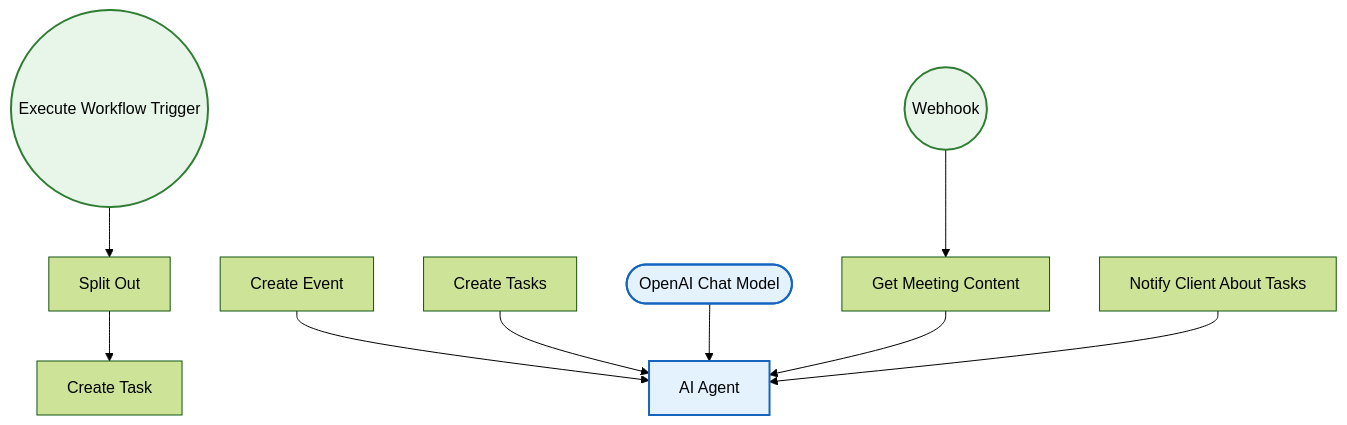
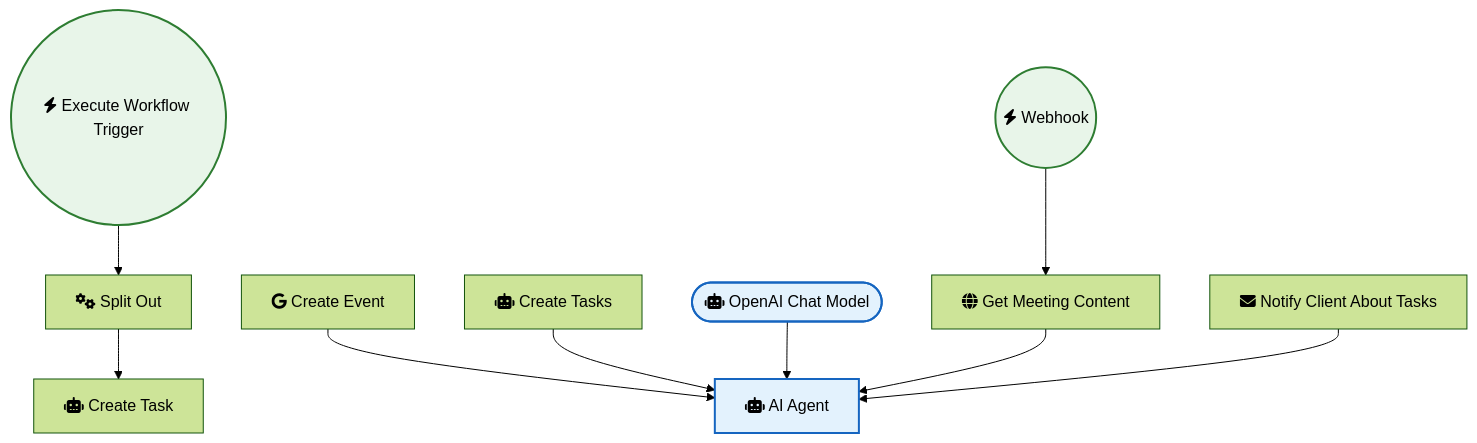
Before and after one commit to sreyash3105/N8N-DEMO-AUTOMATIONS: the diagram in Airtable/AI Agent for project management and meetings with Airtable and Fireflies.md, drawn with Mermaid (forest theme). The commit also changed 291 other files, not shown here.

````diff
--- a/Airtable/AI Agent for project management and meetings with Airtable and Fireflies.md
+++ b/Airtable/AI Agent for project management and meetings with Airtable and Fireflies.md
@@ -1,26 +1,26 @@
 ```mermaid
 graph TD
     classDef trigger fill:#e8f5e9,stroke:#2e7d32,stroke-width:2px;
     classDef ai fill:#e3f2fd,stroke:#1565c0,stroke-width:2px;
     classDef logic fill:#fff3e0,stroke:#ef6c00,stroke-width:2px;
 
-    AI_Agent["AI Agent"]:::ai
-    OpenAI_Chat_Model(["OpenAI Chat Model"]):::ai
-    Create_Tasks["Create Tasks"]
-    Notify_Client_About_Tasks["Notify Client About Tasks"]
-    Execute_Workflow_Trigger(("Execute Workflow Trigger")):::trigger
-    Split_Out["Split Out"]
-    Create_Task["Create Task"]
-    Create_Event["Create Event"]
-    Webhook(("Webhook")):::trigger
-    Get_Meeting_Content["Get Meeting Content"]
+    AI_Agent["fas:fa-robot AI Agent"]:::ai
+    OpenAI_Chat_Model(["fas:fa-robot OpenAI Chat Model"]):::ai
+    Create_Tasks["fas:fa-robot Create Tasks"]
+    Notify_Client_About_Tasks["fas:fa-envelope Notify Client About Tasks"]
+    Execute_Workflow_Trigger(("fas:fa-bolt Execute Workflow Trigger")):::trigger
+    Split_Out["fas:fa-cogs Split Out"]
+    Create_Task["fas:fa-robot Create Task"]
+    Create_Event["fab:fa-google Create Event"]
+    Webhook(("fas:fa-bolt Webhook")):::trigger
+    Get_Meeting_Content["fas:fa-globe Get Meeting Content"]
 
     Webhook --> Get_Meeting_Content
     Split_Out --> Create_Task
     Create_Event --> AI_Agent
     Create_Tasks --> AI_Agent
     OpenAI_Chat_Model --> AI_Agent
     Get_Meeting_Content --> AI_Agent
     Execute_Workflow_Trigger --> Split_Out
     Notify_Client_About_Tasks --> AI_Agent
 ```
````
